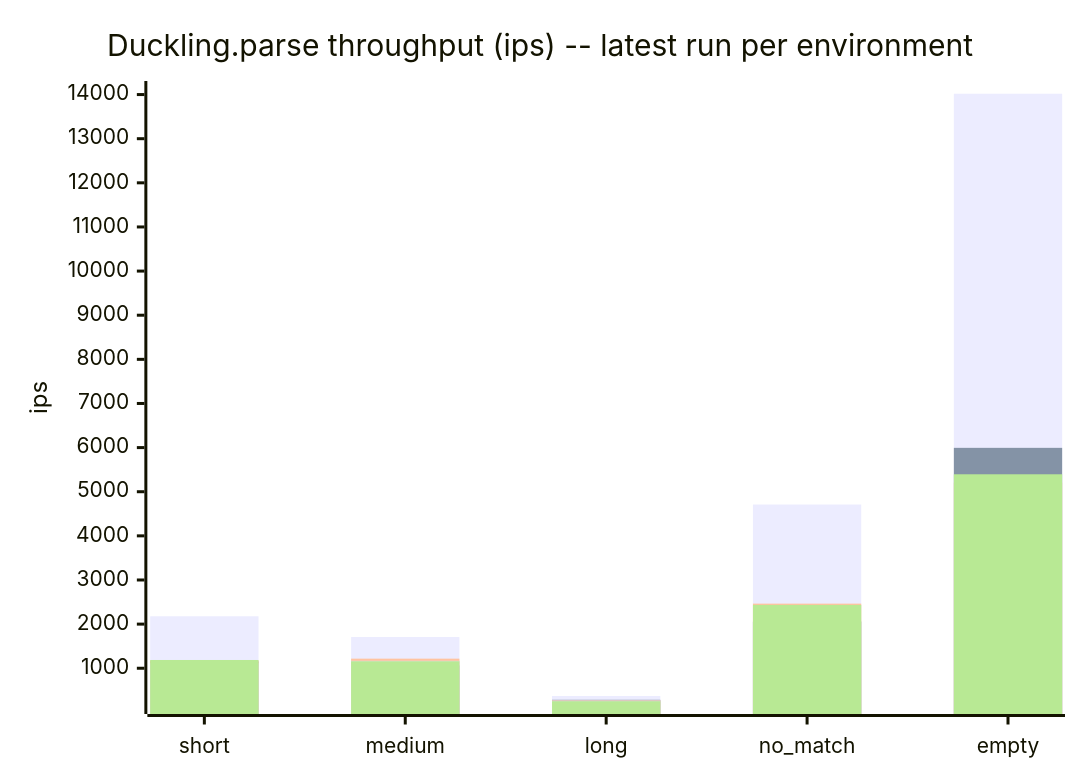
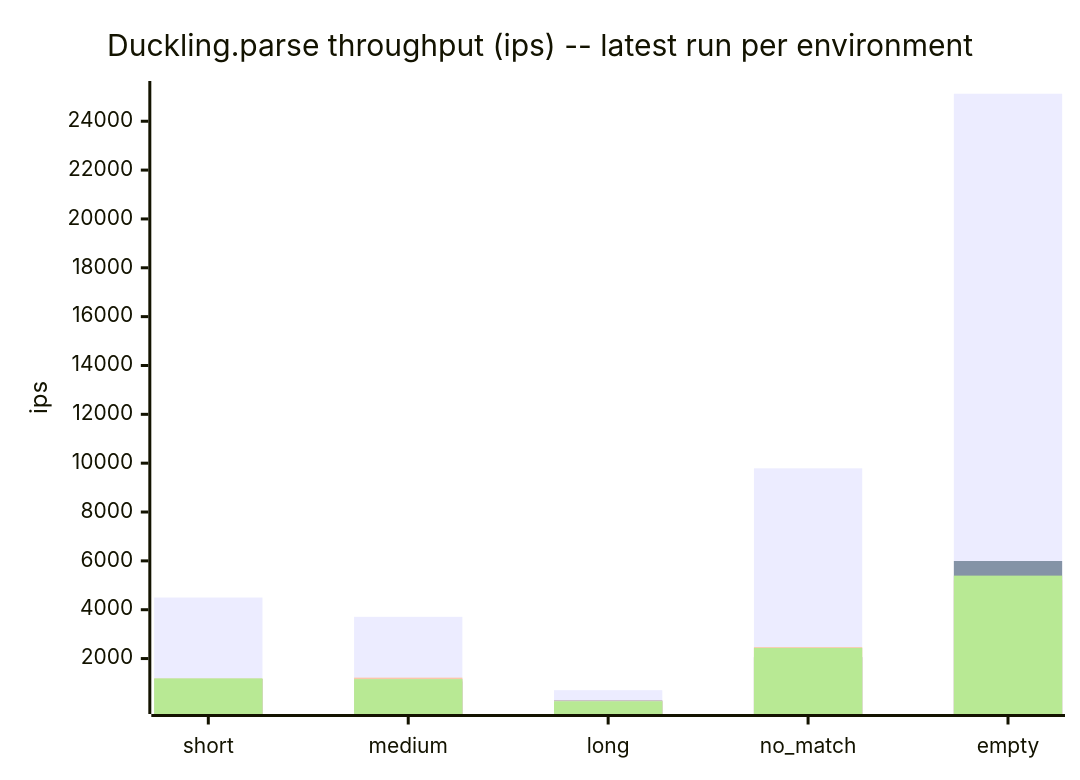
Before and after one commit to cpb/duckling: the sixth of 7 diagrams in docs/benchmarks/README.md, drawn with Mermaid. The commit also changed other lines of this file and 1 other file, not shown here.

Commit message:
Record github-actions benchmark results for 0.4.3

````diff
--- a/docs/benchmarks/README.md
+++ b/docs/benchmarks/README.md
@@ -211,11 +211,11 @@
 ```mermaid
 xychart-beta
     title "Duckling.parse throughput (ips) -- latest run per environment"
     x-axis [short, medium, long, no_match, empty]
     y-axis "ips"
-    bar "github-actions" [2177.5, 1707.1, 371.9, 4709.8, 14018.5]
+    bar "github-actions" [4499.5, 3708.8, 705.3, 9788.3, 25125.7]
     bar "claude-code-web" [1154.4, 1064.6, 284.8, 2058.0, 5994.3]
     bar "local-3.3" [1175.1, 1217.2, 273.9, 2464.0, 5206.5]
     bar "local-3.4" [1116.0, 1168.6, 267.9, 2056.4, 4592.3]
     bar "local-4.0" [1187.1, 1156.8, 252.0, 2435.1, 5395.4]
 ```
````
